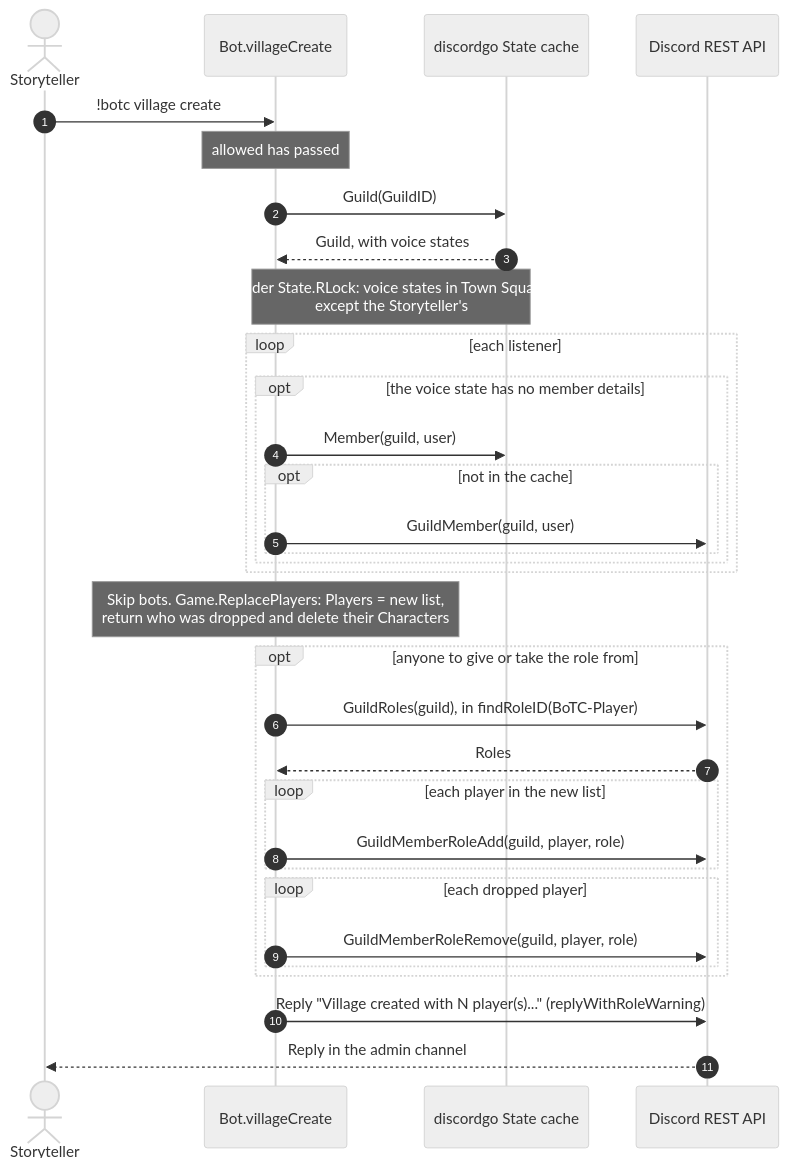
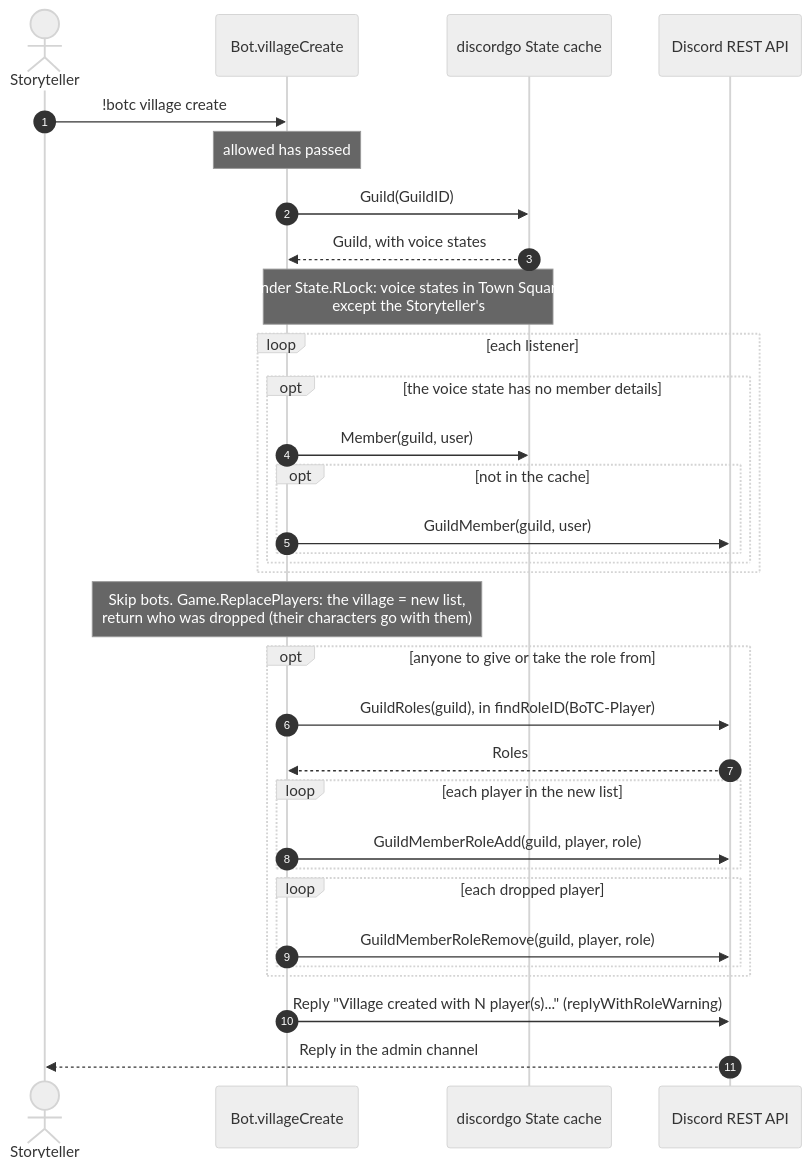
The third of 5 diagrams in docs/uml/village.md (RAGNOARAKNOS/BotOnTheClocktower), drawn with Mermaid (neutral theme) before and after one commit. The commit also changed other lines of this file and 32 other files, not shown here.

````diff
--- a/docs/uml/village.md
+++ b/docs/uml/village.md
@@ -53,35 +53,35 @@
 ```mermaid
 sequenceDiagram
     autonumber
     actor ST as Storyteller
     participant Bot as Bot.villageCreate
     participant State as discordgo State cache
     participant REST as Discord REST API
 
     ST->>Bot: !botc village create
     Note over Bot: allowed has passed
     Bot->>State: Guild(GuildID)
     State-->>Bot: Guild, with voice states
     Note over Bot,State: Under State.RLock: voice states in Town Square,<br/>except the Storyteller's
     loop each listener
         opt the voice state has no member details
             Bot->>State: Member(guild, user)
             opt not in the cache
                 Bot->>REST: GuildMember(guild, user)
             end
         end
     end
-    Note over Bot: Skip bots. Game.ReplacePlayers: Players = new list,<br/>return who was dropped and delete their Characters
+    Note over Bot: Skip bots. Game.ReplacePlayers: the village = new list,<br/>return who was dropped (their characters go with them)
     opt anyone to give or take the role from
         Bot->>REST: GuildRoles(guild), in findRoleID(BoTC-Player)
         REST-->>Bot: Roles
         loop each player in the new list
             Bot->>REST: GuildMemberRoleAdd(guild, player, role)
         end
         loop each dropped player
             Bot->>REST: GuildMemberRoleRemove(guild, player, role)
         end
     end
     Bot->>REST: Reply "Village created with N player(s)..." (replyWithRoleWarning)
     REST-->>ST: Reply in the admin channel
 ```
````
